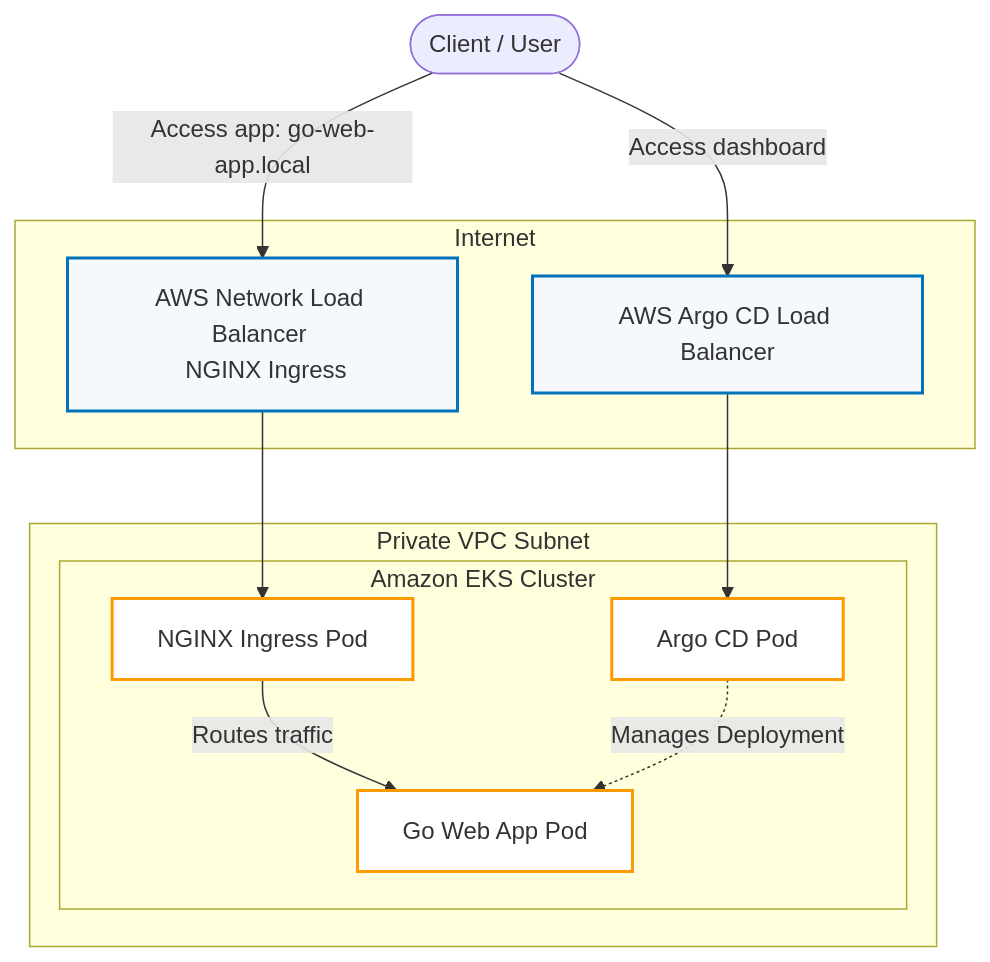
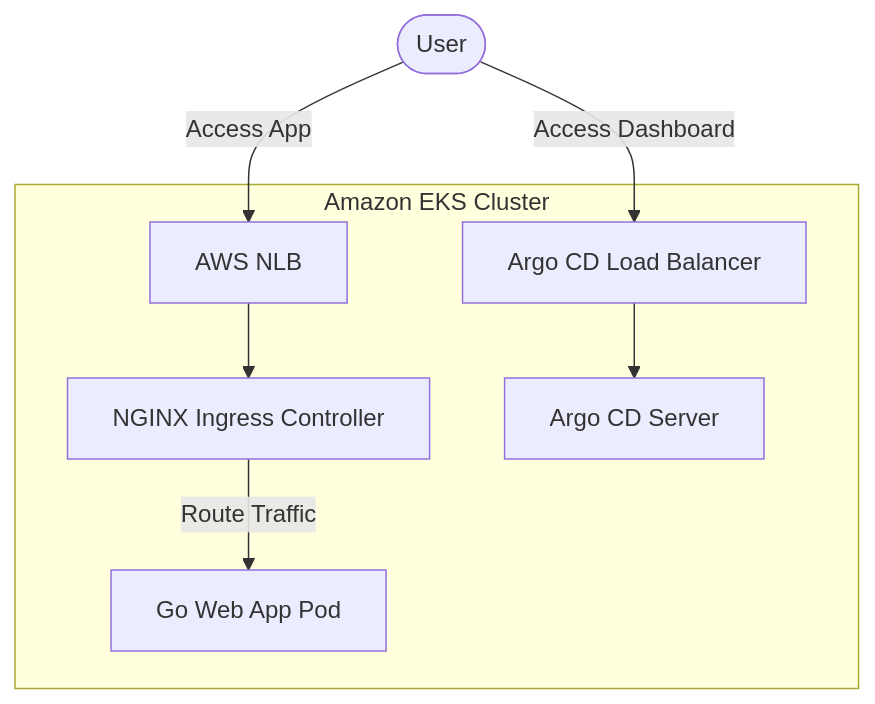
Before and after one commit to Sanket006/golang-eks-gitops-pipeline: the first of 3 diagrams in docs/architecture-diagrams.md, drawn with Mermaid. The commit also changed other lines of this file, not shown here.

Commit message:
docs: simplify architecture diagrams

````diff
--- a/docs/architecture-diagrams.md
+++ b/docs/architecture-diagrams.md
@@ -11,30 +11,12 @@
 ```mermaid
 graph TD
-    classDef awsBox fill:#F5F9FD,stroke:#0073BB,stroke-width:2px;
-    classDef appBox fill:#FFF,stroke:#FF9900,stroke-width:2px;
-    classDef extBox fill:#F5F5F5,stroke:#777,stroke-width:1px;
-
-    Client([Client / User])
+    User([User]) -->|Access App| NLB[AWS NLB]
+    User -->|Access Dashboard| ArgoLB[Argo CD Load Balancer]
     
-    subgraph Public_Internet [Internet]
-        NLB[AWS Network Load Balancer <br> NGINX Ingress]:::awsBox
-        ArgoLB[AWS Argo CD Load Balancer]:::awsBox
+    subgraph Amazon EKS Cluster
+        NLB --> Ingress[NGINX Ingress Controller]
+        ArgoLB --> ArgoServer[Argo CD Server]
+        
+        Ingress -->|Route Traffic| AppPod[Go Web App Pod]
     end
-
-    subgraph Private_VPC [Private VPC Subnet]
-        subgraph EKS_Cluster [Amazon EKS Cluster]
-            IngressPod[NGINX Ingress Pod]:::appBox
-            AppPod[Go Web App Pod]:::appBox
-            ArgoPod[Argo CD Pod]:::appBox
-        end
-    end
-
-    Client -->|Access app: go-web-app.local| NLB
-    Client -->|Access dashboard| ArgoLB
-    
-    NLB --> IngressPod
-    ArgoLB --> ArgoPod
-    
-    IngressPod -->|Routes traffic| AppPod
-    ArgoPod -.->|Manages Deployment| AppPod
 ```
````
